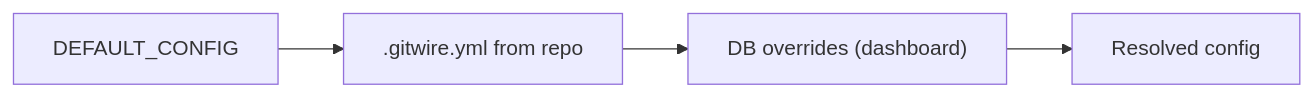
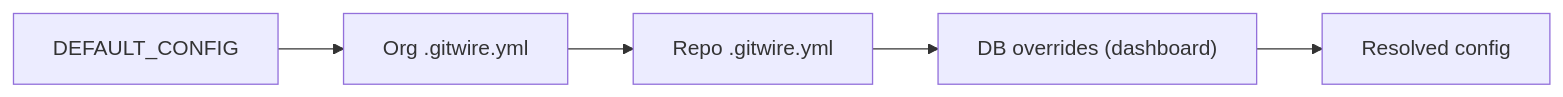
One commit to Octo-Lex/GitWire changed the diagram in docs/configuration/policy-as-code.md. Above: the diagram before and after it, drawn with Mermaid. The commit also changed other lines of this file and 16 other files, not shown here.

````diff
--- a/docs/configuration/policy-as-code.md
+++ b/docs/configuration/policy-as-code.md
@@ -7,6 +7,7 @@
 ```mermaid
 graph LR
-    A[DEFAULT_CONFIG] --> B[".gitwire.yml from repo"]
-    B --> C["DB overrides (dashboard)"]
-    C --> D["Resolved config"]
+    A[DEFAULT_CONFIG] --> B["Org .gitwire.yml"]
+    B --> C["Repo .gitwire.yml"]
+    C --> D["DB overrides (dashboard)"]
+    D --> E["Resolved config"]
 ```
````
